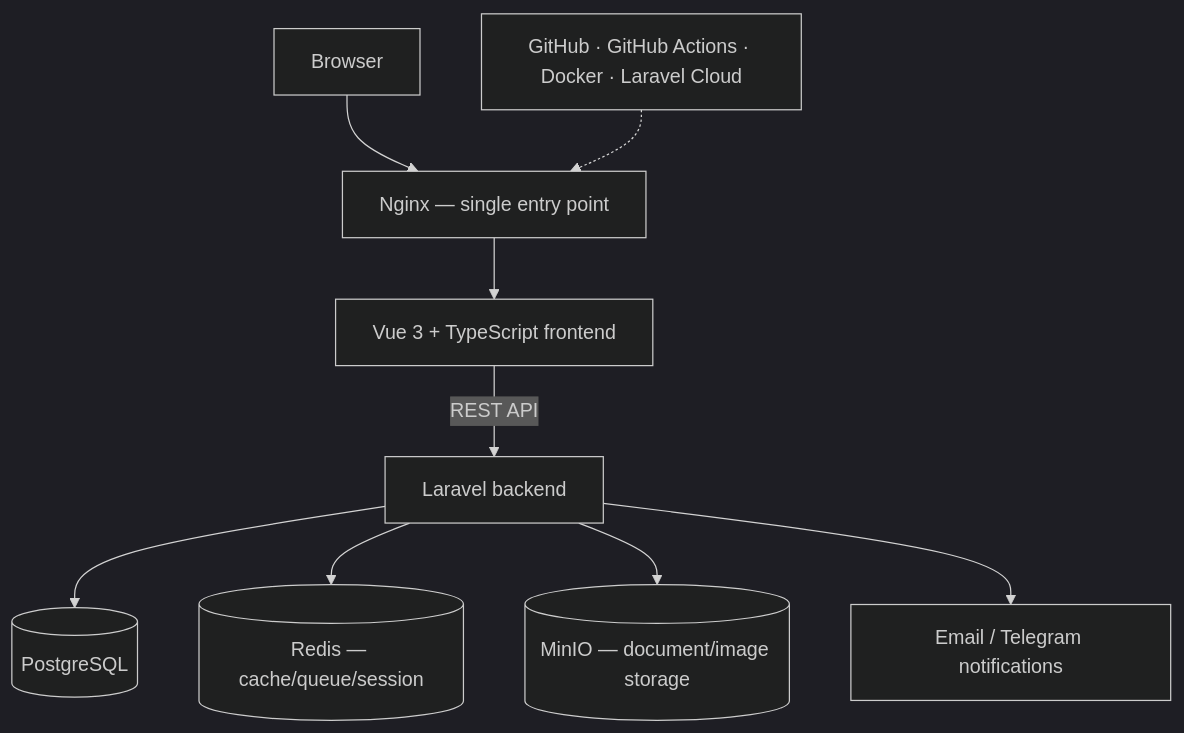
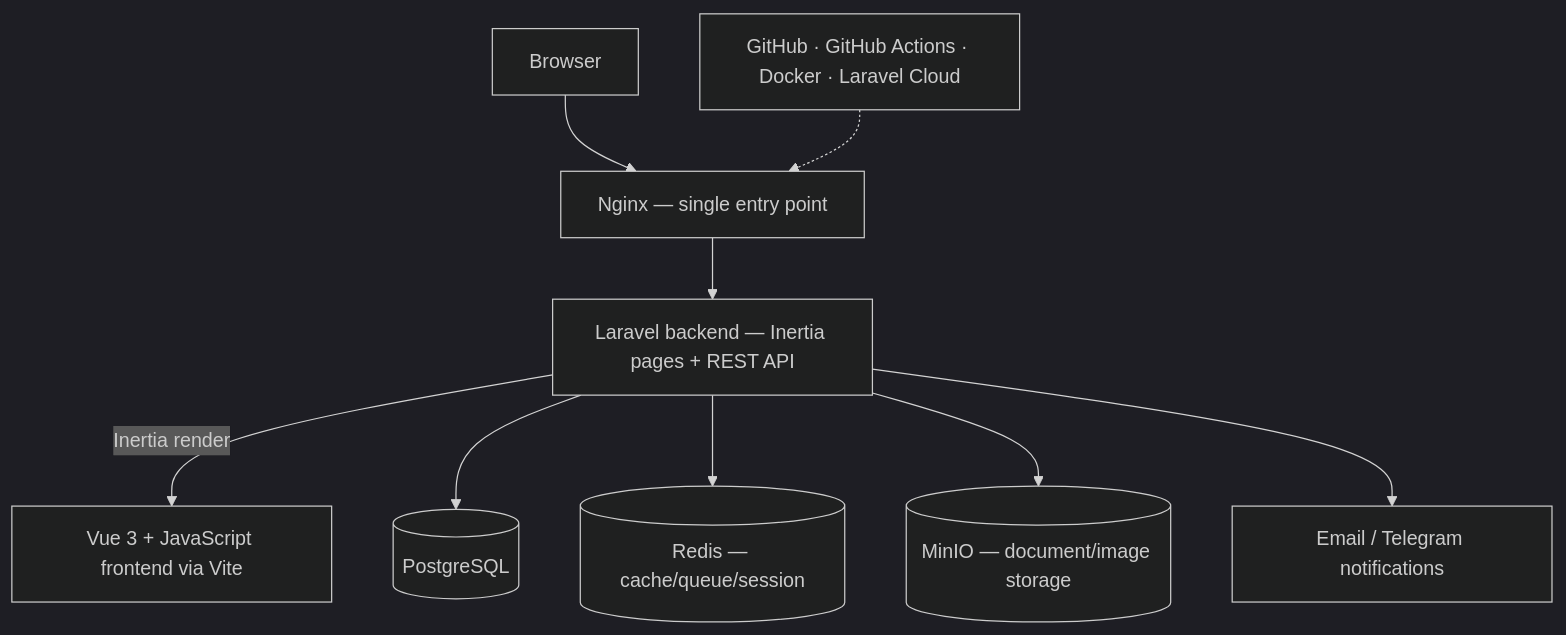
Before and after one commit to RITH-1437/educore: diagram 23 of 34 in docs/1_EduCore-Project-Report.md, drawn with Mermaid (dark theme). The commit also changed other lines of this file and 144 other files, not shown here.

````diff
--- a/docs/1_EduCore-Project-Report.md
+++ b/docs/1_EduCore-Project-Report.md
@@ -592,11 +593,11 @@
 ```mermaid
 flowchart TB
     Client[Browser] --> Nginx[Nginx — single entry point]
-    Nginx --> FE[Vue 3 + TypeScript frontend]
-    FE -->|REST API| BE[Laravel backend]
+    Nginx --> BE[Laravel backend — Inertia pages + REST API]
+    BE -->|Inertia render| FE[Vue 3 + JavaScript frontend via Vite]
     BE --> PG[(PostgreSQL)]
     BE --> RD[(Redis — cache/queue/session)]
     BE --> MO[(MinIO — document/image storage)]
     BE --> NTF[Email / Telegram notifications]
     DevOps[GitHub · GitHub Actions · Docker · Laravel Cloud] -.-> Nginx
 ```
````
